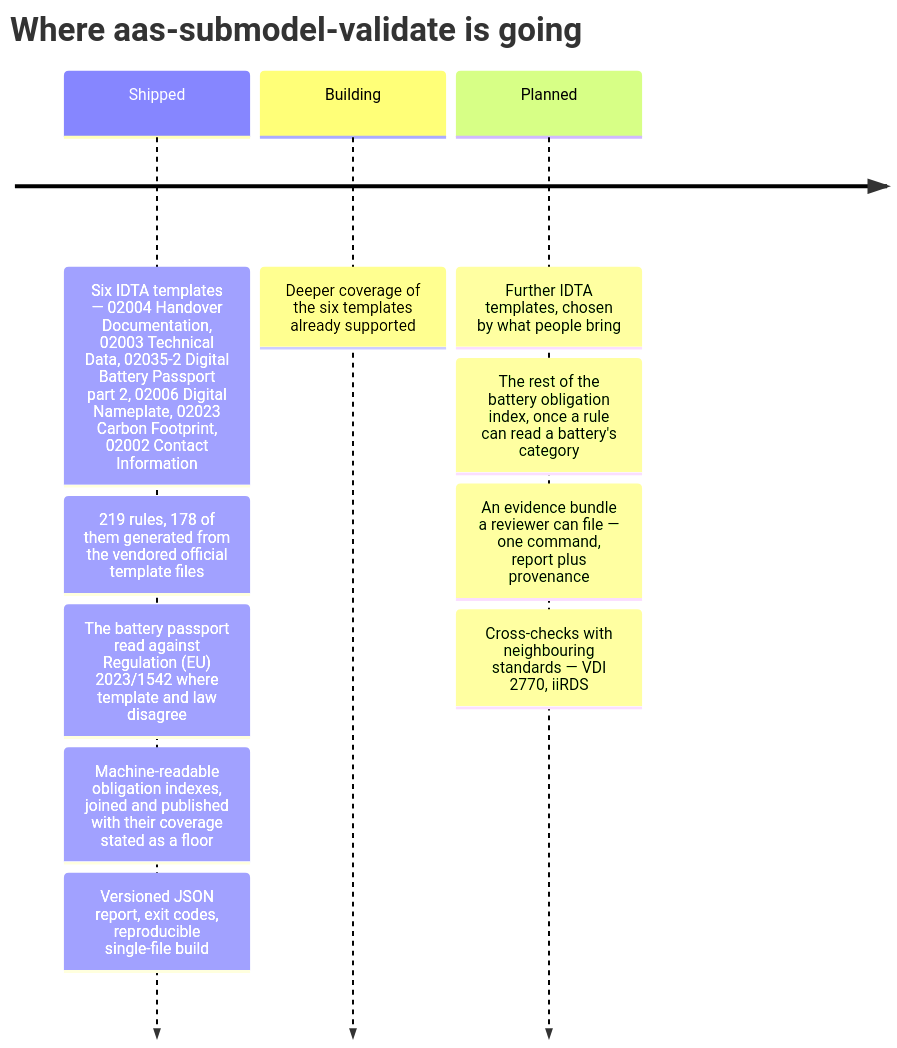
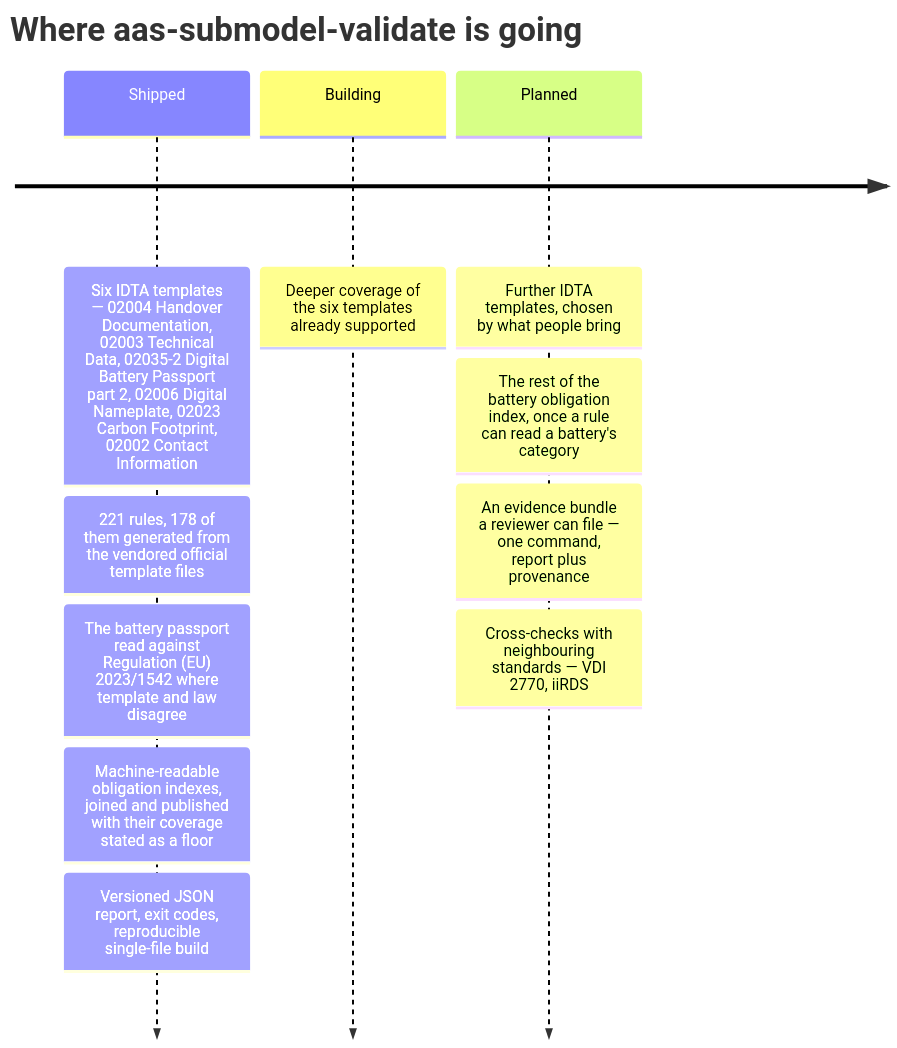
One commit to dev365code/aas-submodel-validate changed the second of 2 diagrams in README.md. Above: the diagram before and after it, drawn with Mermaid. The commit also changed other lines of this file and 11 other files, not shown here.

````diff
--- a/README.md
+++ b/README.md
@@ -268,14 +268,14 @@
 ```mermaid
 timeline
     title Where aas-submodel-validate is going
     Shipped : Six IDTA templates — 02004 Handover Documentation, 02003 Technical Data, 02035-2 Digital Battery Passport part 2, 02006 Digital Nameplate, 02023 Carbon Footprint, 02002 Contact Information
-            : 219 rules, 178 of them generated from the vendored official template files
+            : 221 rules, 178 of them generated from the vendored official template files
             : The battery passport read against Regulation (EU) 2023/1542 where template and law disagree
             : Machine-readable obligation indexes, joined and published with their coverage stated as a floor
             : Versioned JSON report, exit codes, reproducible single-file build
     Building : Deeper coverage of the six templates already supported
     Planned : Further IDTA templates, chosen by what people bring
             : The rest of the battery obligation index, once a rule can read a battery's category
             : An evidence bundle a reviewer can file — one command, report plus provenance
             : Cross-checks with neighbouring standards — VDI 2770, iiRDS
 ```
````
